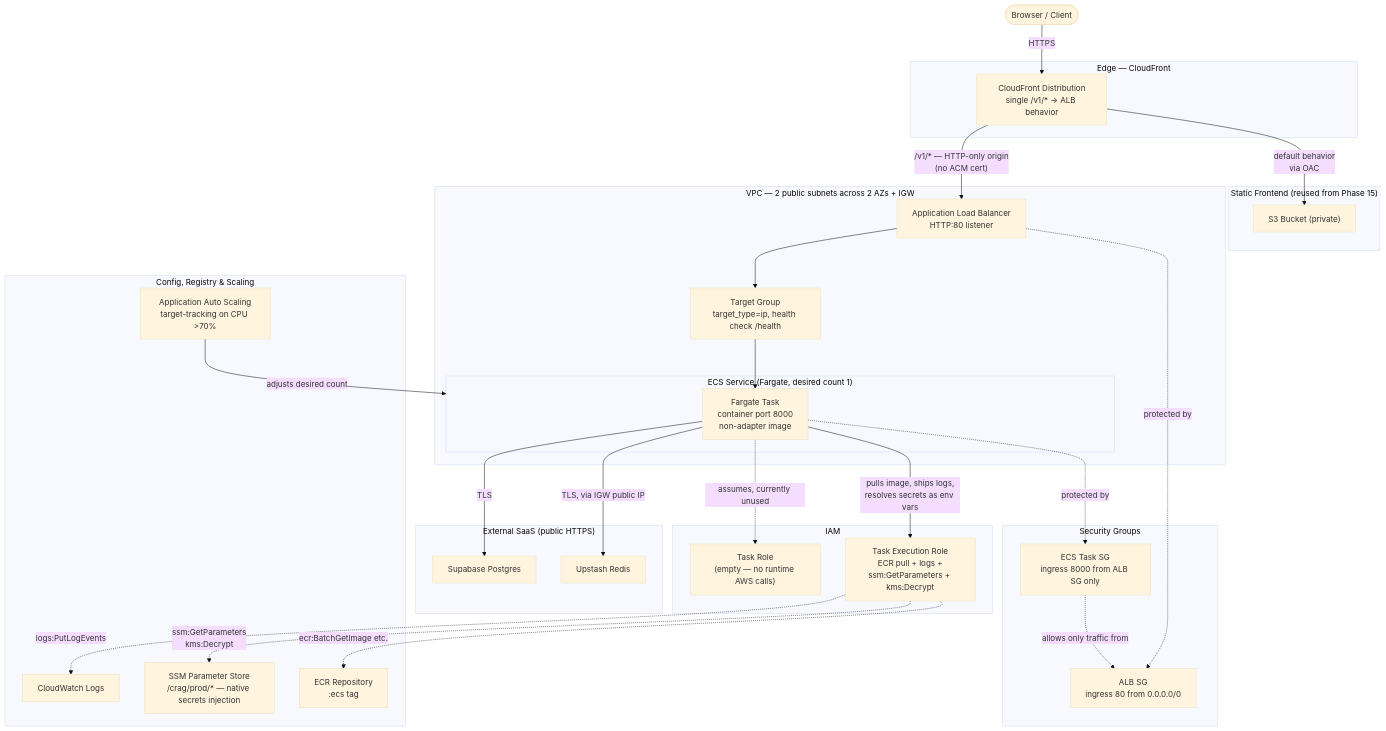
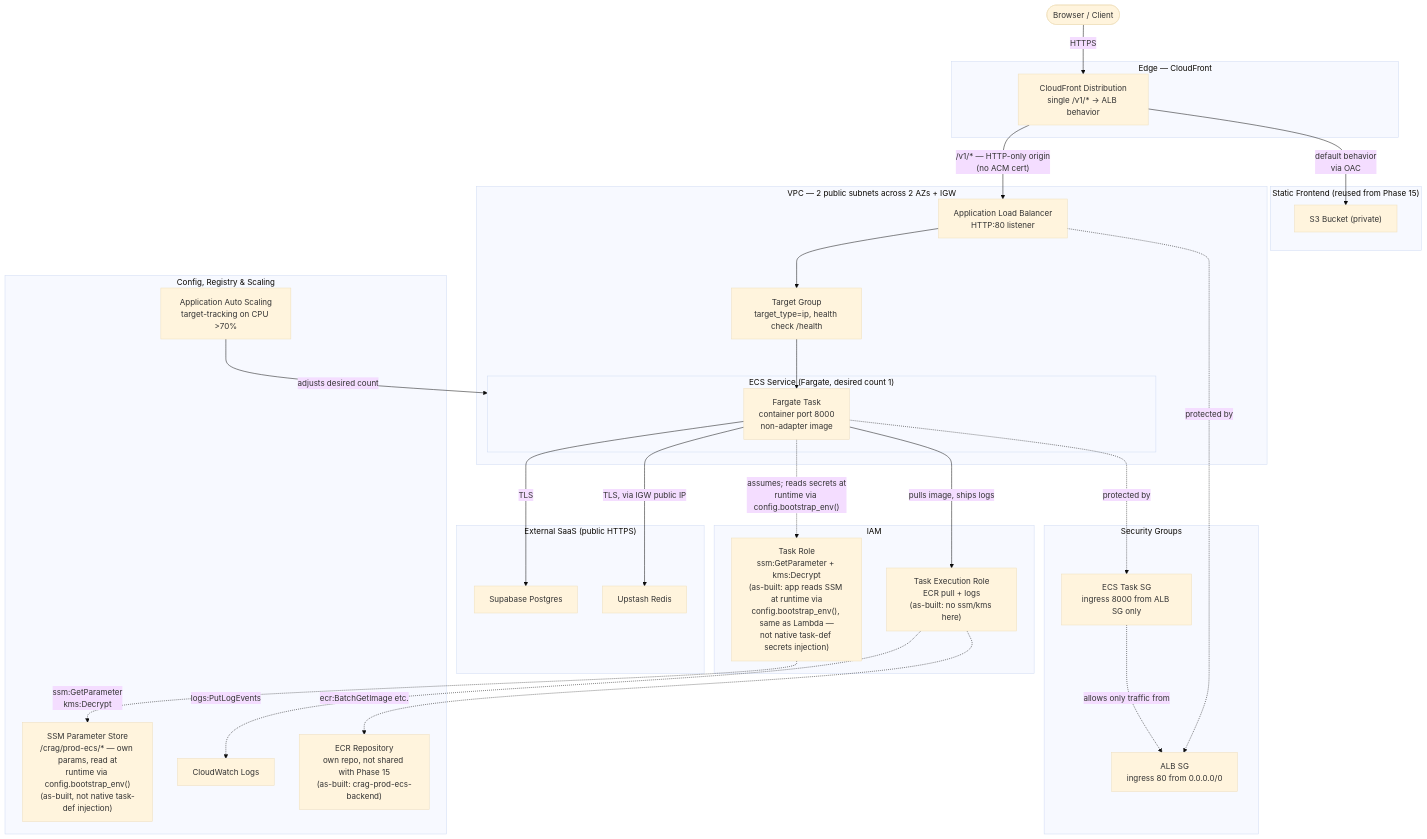
One commit to SrikanthArgp/LangGraph_Multi_Agent changed the diagram in grand-enterprize-deploy-steps.md. Above: the diagram before and after it, drawn with Mermaid (base theme). The commit also changed other lines of this file and 41 other files, not shown here.

First line of the commit message:
Split infra/ into per-target Terraform roots and add Phase 16 ECS Fargate deployment

````diff
--- a/grand-enterprize-deploy-steps.md
+++ b/grand-enterprize-deploy-steps.md
@@ -11,59 +11,59 @@
 ```mermaid
 flowchart TD
     Browser(["Browser / Client"])
 
     subgraph Edge["Edge — CloudFront"]
         CF["CloudFront Distribution\nsingle /v1/* -> ALB behavior"]
     end
 
     subgraph Frontend["Static Frontend (reused from Phase 15)"]
         S3["S3 Bucket (private)"]
     end
 
     subgraph VPC["VPC — 2 public subnets across 2 AZs + IGW"]
         ALB["Application Load Balancer\nHTTP:80 listener"]
         TG["Target Group\ntarget_type=ip, health check /health"]
         subgraph Service["ECS Service (Fargate, desired count 1)"]
             Task["Fargate Task\ncontainer port 8000\nnon-adapter image"]
         end
     end
 
     subgraph SG["Security Groups"]
         ALBSG["ALB SG\ningress 80 from 0.0.0.0/0"]
         TaskSG["ECS Task SG\ningress 8000 from ALB SG only"]
     end
 
     subgraph IAM["IAM"]
-        ExecRole["Task Execution Role\nECR pull + logs +\nssm:GetParameters + kms:Decrypt"]
-        TaskRole["Task Role\n(empty — no runtime AWS calls)"]
+        ExecRole["Task Execution Role\nECR pull + logs\n(as-built: no ssm/kms here)"]
+        TaskRole["Task Role\nssm:GetParameter + kms:Decrypt\n(as-built: app reads SSM at runtime via\nconfig.bootstrap_env(), same as Lambda —\nnot native task-def secrets injection)"]
     end
 
     subgraph Config["Config, Registry & Scaling"]
-        ECR["ECR Repository\n:ecs tag"]
-        SSM["SSM Parameter Store\n/crag/prod/* — native secrets injection"]
+        ECR["ECR Repository\nown repo, not shared with Phase 15\n(as-built: crag-prod-ecs-backend)"]
+        SSM["SSM Parameter Store\n/crag/prod-ecs/* — own params, read at\nruntime via config.bootstrap_env()\n(as-built, not native task-def injection)"]
         CW["CloudWatch Logs"]
         AutoScale["Application Auto Scaling\ntarget-tracking on CPU >70%"]
     end
 
     subgraph External["External SaaS (public HTTPS)"]
         Upstash["Upstash Redis"]
         Supabase["Supabase Postgres"]
     end
 
     Browser -->|HTTPS| CF
     CF -->|"default behavior\nvia OAC"| S3
     CF -->|"/v1/* — HTTP-only origin\n(no ACM cert)"| ALB
     ALB -.->|protected by| ALBSG
     ALB --> TG
     TG --> Task
     Task -.->|protected by| TaskSG
     TaskSG -.->|allows only traffic from| ALBSG
-    Task -->|"pulls image, ships logs,\nresolves secrets as env vars"| ExecRole
-    Task -.->|"assumes, currently unused"| TaskRole
+    Task -->|"pulls image, ships logs"| ExecRole
+    Task -.->|"assumes; reads secrets at\nruntime via config.bootstrap_env()"| TaskRole
     ExecRole -.->|"ecr:BatchGetImage etc."| ECR
-    ExecRole -.->|"ssm:GetParameters\nkms:Decrypt"| SSM
+    TaskRole -.->|"ssm:GetParameter\nkms:Decrypt"| SSM
     ExecRole -.->|"logs:PutLogEvents"| CW
     AutoScale -->|"adjusts desired count"| Service
     Task -->|"TLS, via IGW public IP"| Upstash
     Task -->|TLS| Supabase
 ```
````
